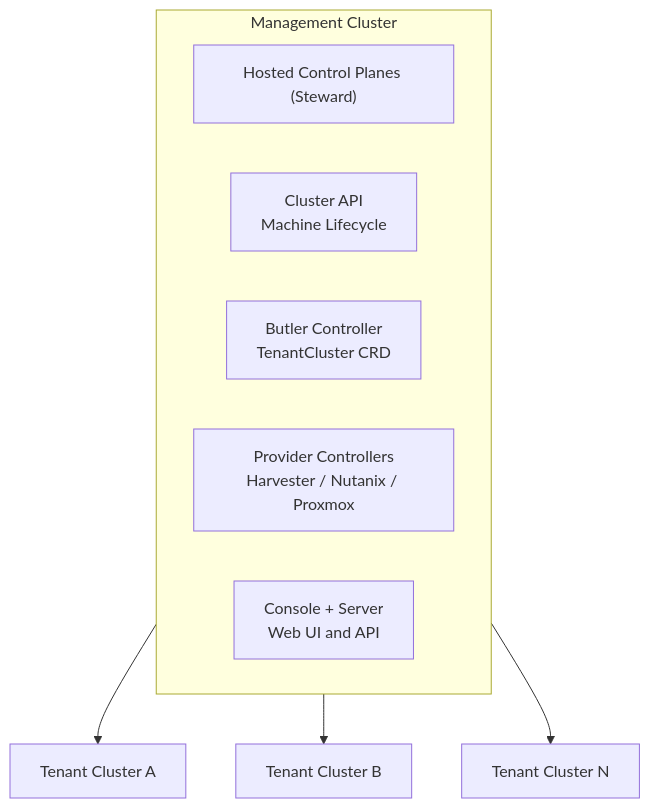
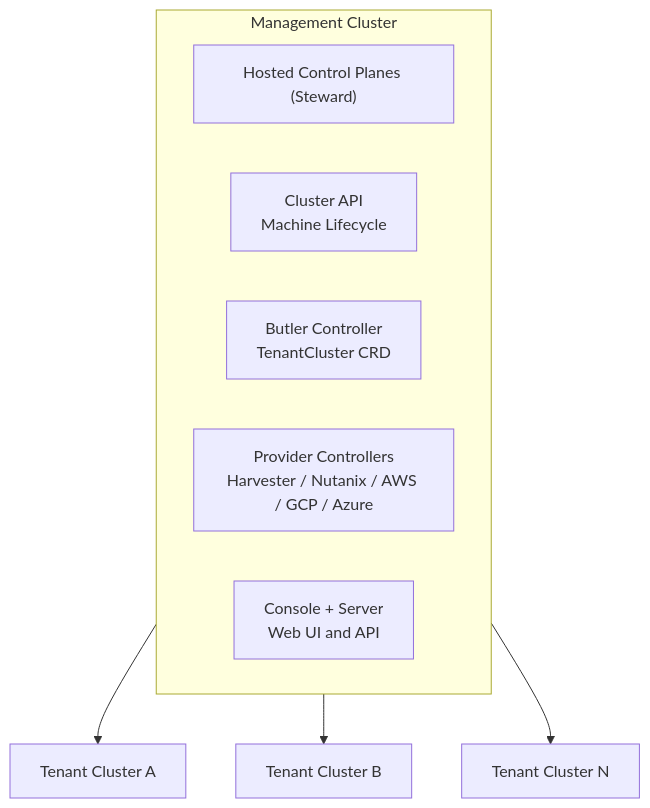
The diagram in docs/intro.md (butlerdotdev/butler), drawn with Mermaid before and after one commit. The commit also changed other lines of this file and 10 other files, not shown here.

````diff
--- a/docs/intro.md
+++ b/docs/intro.md
@@ -22,14 +22,14 @@
 ```mermaid
 graph TB
     subgraph mgmt["Management Cluster"]
         steward["Hosted Control Planes (Steward)"]
         capi["Cluster API<br/>Machine Lifecycle"]
         ctrl["Butler Controller<br/>TenantCluster CRD"]
-        prov["Provider Controllers<br/>Harvester / Nutanix / Proxmox"]
+        prov["Provider Controllers<br/>Harvester / Nutanix / AWS / GCP / Azure"]
         console["Console + Server<br/>Web UI and API"]
     end
 
     mgmt --> tc1["Tenant Cluster A"]
     mgmt --> tc2["Tenant Cluster B"]
     mgmt --> tc3["Tenant Cluster N"]
 ```
````
